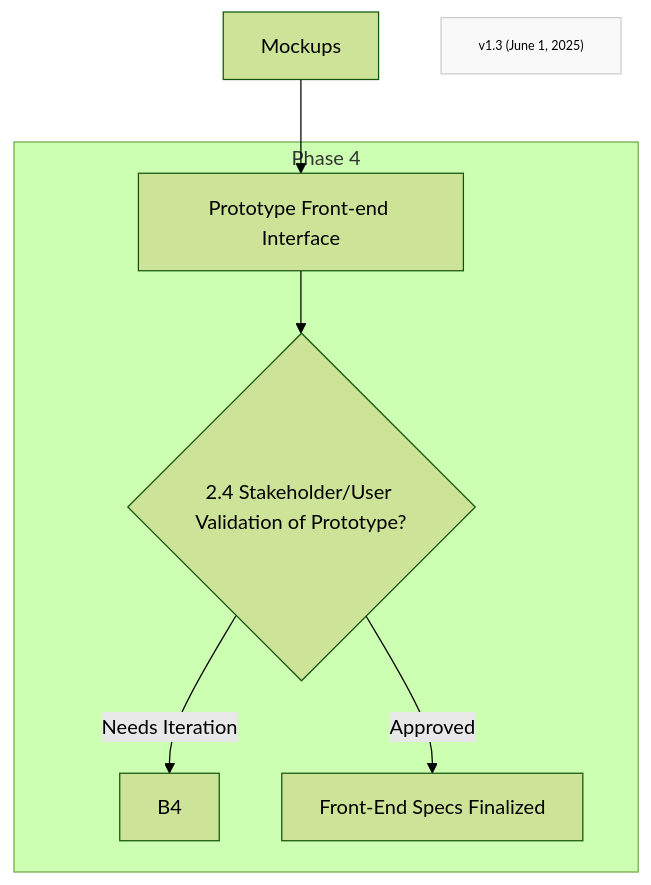
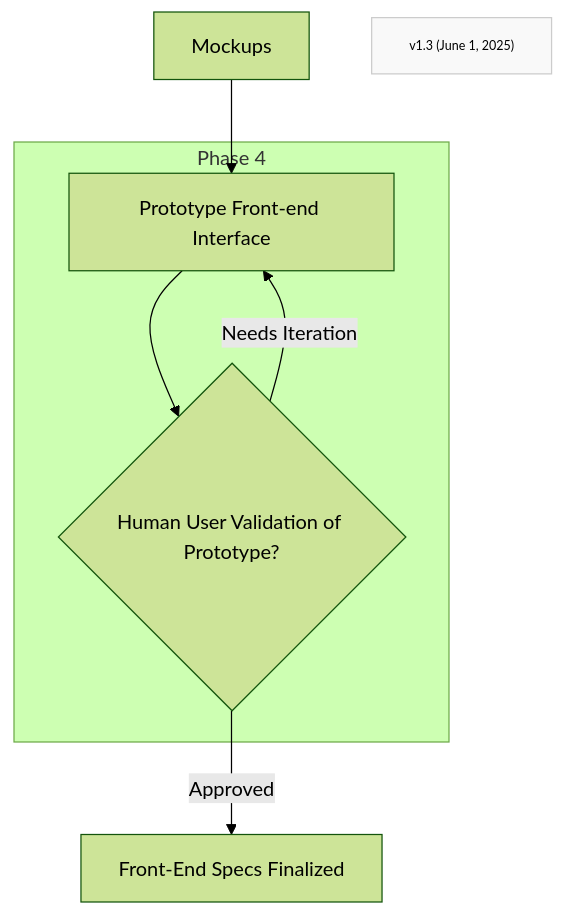
The diagram in Method/FF-phase4.md (Mharbulous/Front-First-Method), drawn with Mermaid (forest theme) before and after one commit.

Commit message:
Further refine phase 4 diagram

````diff
--- a/Method/FF-phase4.md
+++ b/Method/FF-phase4.md
@@ -2,16 +2,17 @@
 ```mermaid
 graph TD
     
 B1["Mockups"]  --> B2["Prototype Front-end Interface"] 
 
     subgraph Phase1["Phase 4"]
-        B2 --> B3_Val{"2.4 Stakeholder/User Validation of Prototype?"}
-        B3_Val -->|Needs Iteration| B4
-        B3_Val -->|Approved| C_Spec["Front-End Specs Finalized"]
+        B2 --> B3_Val{"Human User Validation of Prototype?"}
+        B3_Val -->|Needs Iteration| B2
+        
     end
+B3_Val -->|Approved| C_Spec["Front-End Specs Finalized"]
 
-    Version["v1.3 (June 1, 2025)"]
-    classDef version fill:#f9f9f9,stroke:#ccc,font-size:10px
-    class Version version
+Version["v1.3 (June 1, 2025)"]
+classDef version fill:#f9f9f9,stroke:#ccc,font-size:10px
+class Version version
 
 ```
````
